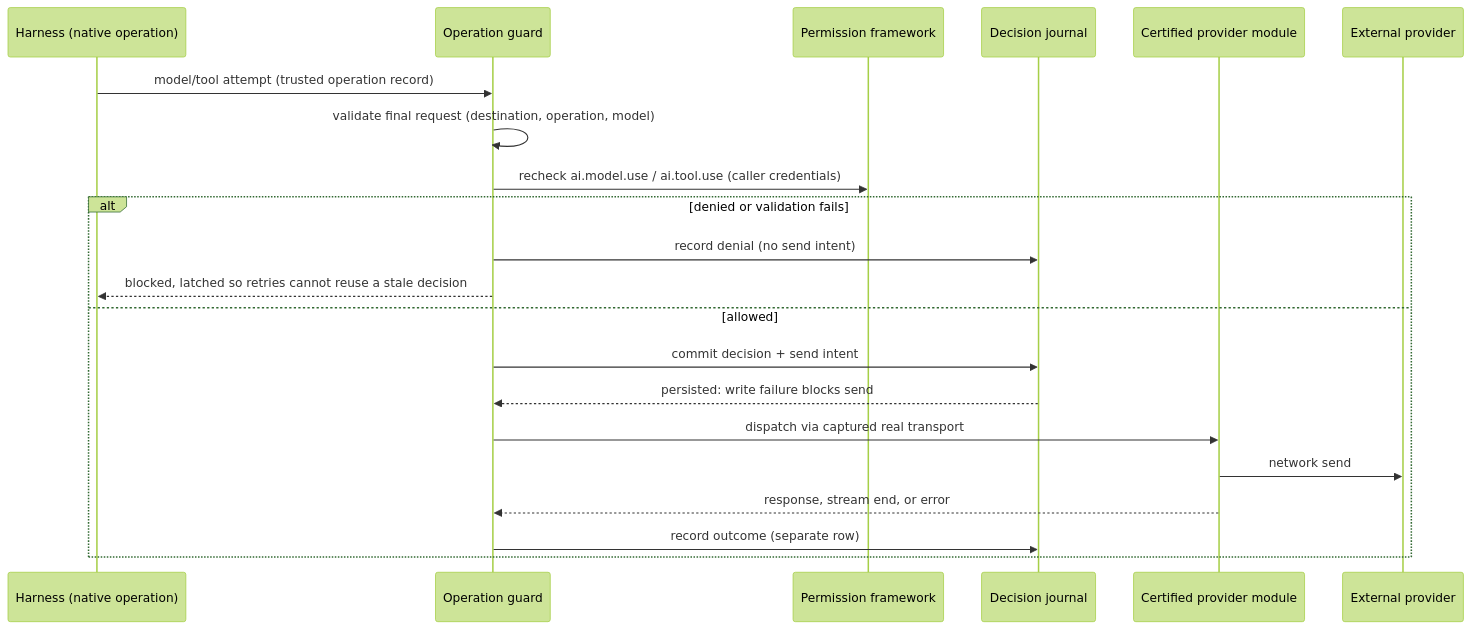
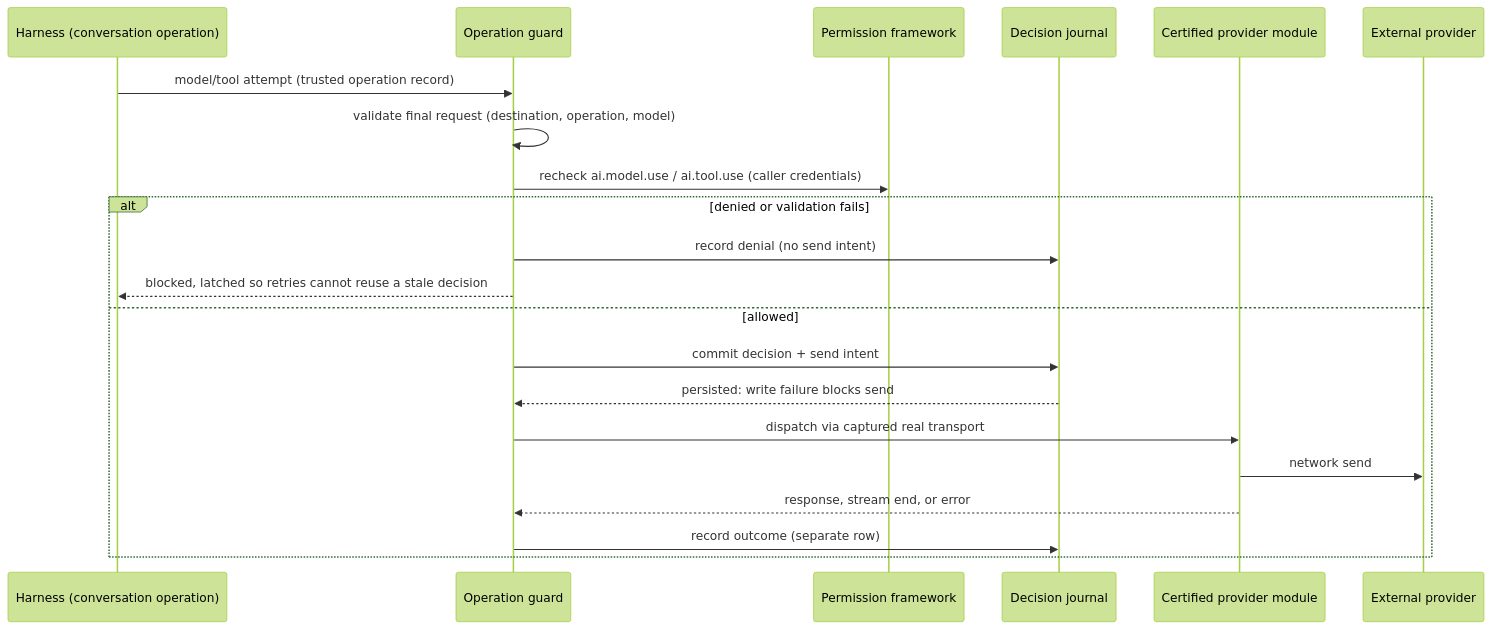
Before and after one commit to backstage/backstage: the fourth of 5 diagrams in beps/0017-managed-ai-service/README.md, drawn with Mermaid (forest theme). The commit also changed other lines of this file, not shown here.

````diff
--- a/beps/0017-managed-ai-service/README.md
+++ b/beps/0017-managed-ai-service/README.md
@@ -404,24 +623,24 @@
 ```mermaid
 sequenceDiagram
-  participant H as Harness (native operation)
+  participant H as Harness (conversation operation)
   participant G as Operation guard
   participant PF as Permission framework
   participant J as Decision journal
   participant M as Certified provider module
   participant X as External provider
 
   H->>G: model/tool attempt (trusted operation record)
   G->>G: validate final request (destination, operation, model)
   G->>PF: recheck ai.model.use / ai.tool.use (caller credentials)
   alt denied or validation fails
     G->>J: record denial (no send intent)
     G-->>H: blocked, latched so retries cannot reuse a stale decision
   else allowed
     G->>J: commit decision + send intent
     J-->>G: persisted: write failure blocks send
     G->>M: dispatch via captured real transport
     M->>X: network send
     M-->>G: response, stream end, or error
     G->>J: record outcome (separate row)
   end
 ```
````
